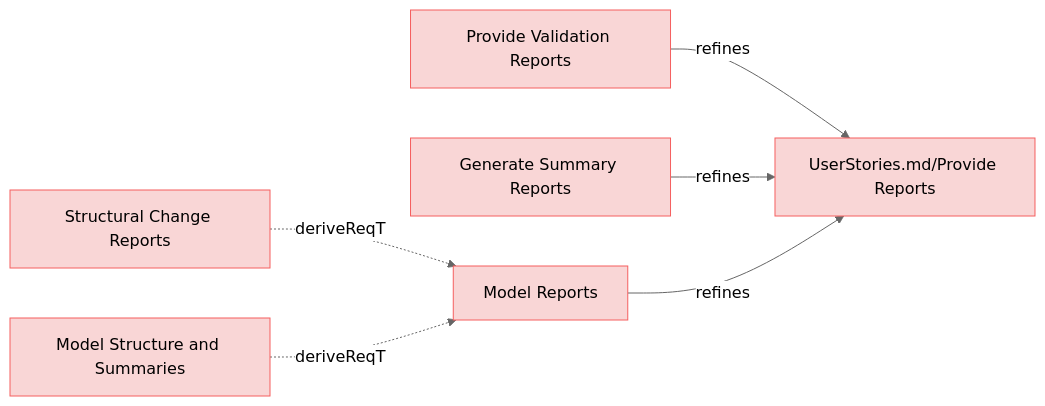
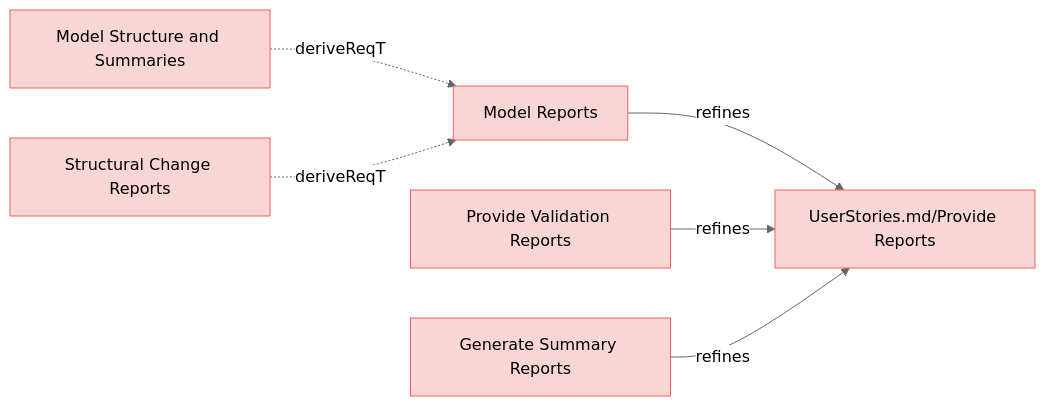
One commit to reqvire-org/reqvire changed the fifth of 9 diagrams in specifications/UserRequirements.md. Above: the diagram before and after it, drawn with Mermaid (neutral theme). The commit also changed other lines of this file and 56 other files, not shown here.

````diff
--- a/specifications/UserRequirements.md
+++ b/specifications/UserRequirements.md
@@ -369,32 +369,32 @@
 ```mermaid
 graph LR;
   %% Graph styling
   classDef requirement fill:#f9d6d6,stroke:#f55f5f,stroke-width:1px;
   classDef verification fill:#d6f9d6,stroke:#5fd75f,stroke-width:1px;
   classDef externalLink fill:#d0e0ff,stroke:#3080ff,stroke-width:1px;
   classDef default fill:#f5f5f5,stroke:#333333,stroke-width:1px;
 
-  482c757913204fb8["Provide Validation Reports"];
-  click 482c757913204fb8 "https://github.com/ilijaljubicic/ReqFlow/blob/a94231473c9a4a56fe21608ebd13787e0cc3f2dc/specifications/UserRequirements.md#provide-validation-reports";
-  class 482c757913204fb8 requirement;
+  f8e7625d29ff6e01["Model Reports"];
+  click f8e7625d29ff6e01 "https://github.com/ilijaljubicic/ReqFlow/blob/29a17f176519a28e973567d4102beb95f41075ed/specifications/UserRequirements.md#model-reports";
+  class f8e7625d29ff6e01 requirement;
   fe32882ee273e24d["UserStories.md/Provide Reports"];
   class fe32882ee273e24d requirement;
-  click fe32882ee273e24d "https://github.com/ilijaljubicic/ReqFlow/blob/a94231473c9a4a56fe21608ebd13787e0cc3f2dc/specifications/UserStories.md#provide-reports";
+  click fe32882ee273e24d "https://github.com/ilijaljubicic/ReqFlow/blob/29a17f176519a28e973567d4102beb95f41075ed/specifications/UserStories.md#provide-reports";
+  f8e7625d29ff6e01 -->|refines| fe32882ee273e24d;
+  b342220e0dc8751d["Model Structure and Summaries"];
+  click b342220e0dc8751d "https://github.com/ilijaljubicic/ReqFlow/blob/29a17f176519a28e973567d4102beb95f41075ed/specifications/UserRequirements.md#model-structure-and-summaries";
+  class b342220e0dc8751d requirement;
+  b342220e0dc8751d -.->|deriveReqT| f8e7625d29ff6e01;
+  482c757913204fb8["Provide Validation Reports"];
+  click 482c757913204fb8 "https://github.com/ilijaljubicic/ReqFlow/blob/29a17f176519a28e973567d4102beb95f41075ed/specifications/UserRequirements.md#provide-validation-reports";
+  class 482c757913204fb8 requirement;
   482c757913204fb8 -->|refines| fe32882ee273e24d;
   32850509a034b0ee["Structural Change Reports"];
-  click 32850509a034b0ee "https://github.com/ilijaljubicic/ReqFlow/blob/a94231473c9a4a56fe21608ebd13787e0cc3f2dc/specifications/UserRequirements.md#structural-change-reports";
+  click 32850509a034b0ee "https://github.com/ilijaljubicic/ReqFlow/blob/29a17f176519a28e973567d4102beb95f41075ed/specifications/UserRequirements.md#structural-change-reports";
   class 32850509a034b0ee requirement;
-  f8e7625d29ff6e01["Model Reports"];
-  class f8e7625d29ff6e01 requirement;
-  click f8e7625d29ff6e01 "https://github.com/ilijaljubicic/ReqFlow/blob/a94231473c9a4a56fe21608ebd13787e0cc3f2dc/specifications/UserRequirements.md#model-reports";
   32850509a034b0ee -.->|deriveReqT| f8e7625d29ff6e01;
   596c459d31db2976["Generate Summary Reports"];
-  click 596c459d31db2976 "https://github.com/ilijaljubicic/ReqFlow/blob/a94231473c9a4a56fe21608ebd13787e0cc3f2dc/specifications/UserRequirements.md#generate-summary-reports";
+  click 596c459d31db2976 "https://github.com/ilijaljubicic/ReqFlow/blob/29a17f176519a28e973567d4102beb95f41075ed/specifications/UserRequirements.md#generate-summary-reports";
   class 596c459d31db2976 requirement;
   596c459d31db2976 -->|refines| fe32882ee273e24d;
-  b342220e0dc8751d["Model Structure and Summaries"];
-  click b342220e0dc8751d "https://github.com/ilijaljubicic/ReqFlow/blob/a94231473c9a4a56fe21608ebd13787e0cc3f2dc/specifications/UserRequirements.md#model-structure-and-summaries";
-  class b342220e0dc8751d requirement;
-  b342220e0dc8751d -.->|deriveReqT| f8e7625d29ff6e01;
-  f8e7625d29ff6e01 -->|refines| fe32882ee273e24d;
 ```
````
